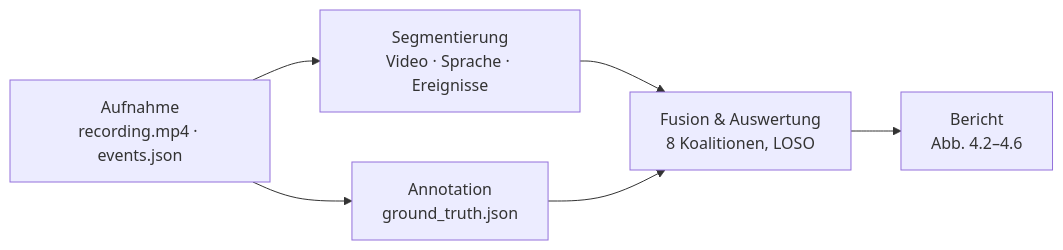
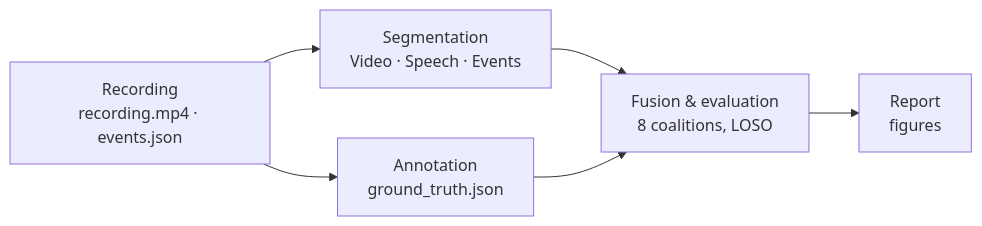
One commit to mueller-marcel/docu-pilot changed the diagram in docs/index.md. Above: the diagram before and after it, drawn with Mermaid. The commit also changed other lines of this file and 65 other files, not shown here.

````diff
--- a/docs/index.md
+++ b/docs/index.md
@@ -18,8 +18,8 @@
 ```{mermaid}
 flowchart LR
-    A[Aufnahme<br/>recording.mp4 · events.json] --> B[Annotation<br/>ground_truth.json]
-    A --> C[Segmentierung<br/>Video · Sprache · Ereignisse]
-    C --> D[Fusion & Auswertung<br/>8 Koalitionen, LOSO]
+    A[Recording<br/>recording.mp4 · events.json] --> B[Annotation<br/>ground_truth.json]
+    A --> C[Segmentation<br/>Video · Speech · Events]
+    C --> D[Fusion & evaluation<br/>8 coalitions, LOSO]
     B --> D
-    D --> E[Bericht<br/>Abb. 4.2–4.6]
+    D --> E[Report<br/>figures]
 ```
````
